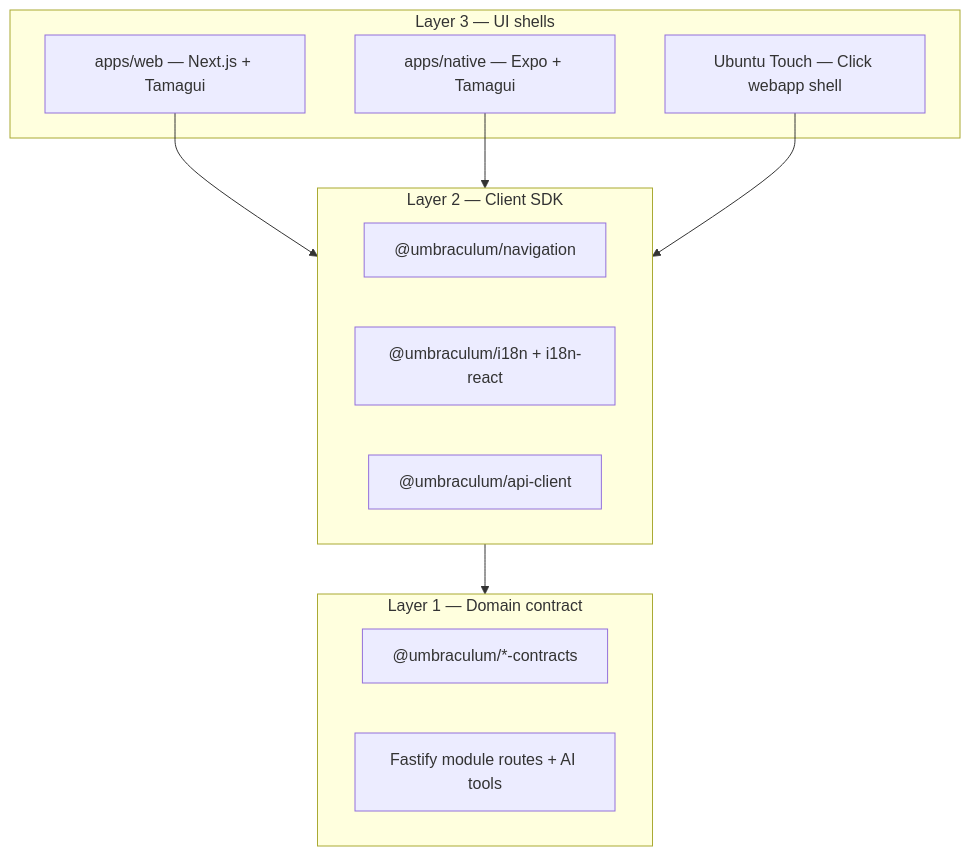
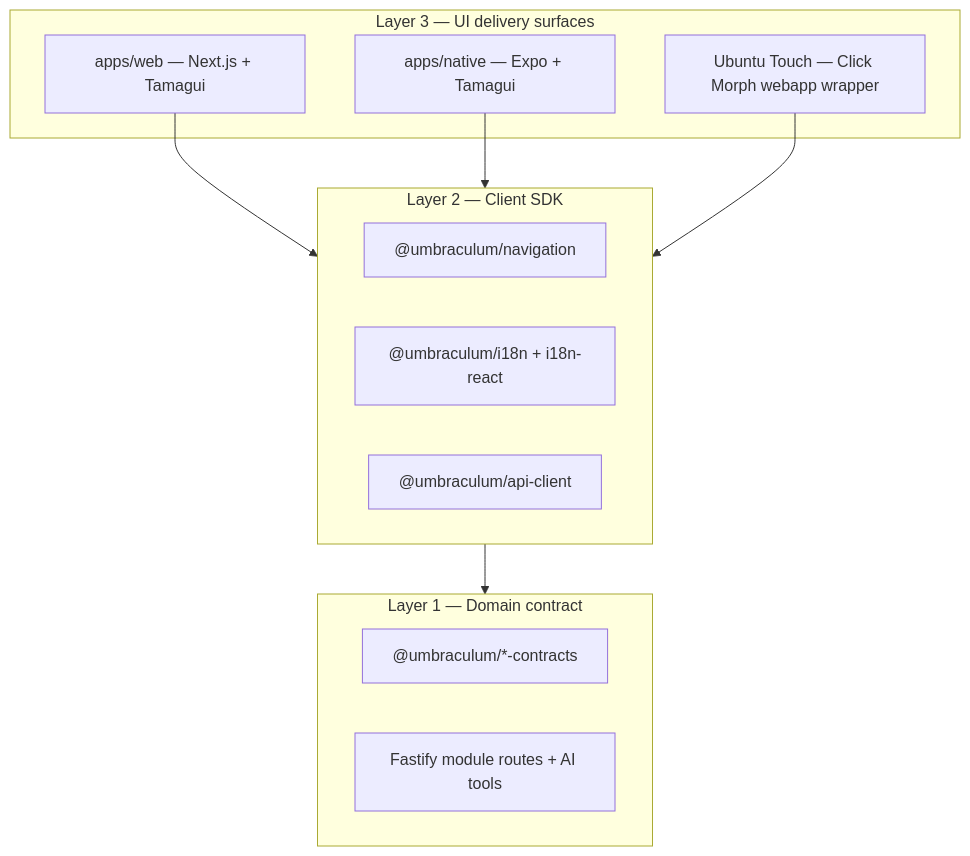
One commit to umbraculum-dev/umbraculum-dev changed the first of 2 diagrams in docs/design/ubuntu-touch-shell-strategy.md. Above: the diagram before and after it, drawn with Mermaid. The commit also changed other lines of this file and 192 other files, not shown here.

````diff
--- a/docs/design/ubuntu-touch-shell-strategy.md
+++ b/docs/design/ubuntu-touch-shell-strategy.md
@@ -62,21 +62,21 @@
 ```mermaid
 flowchart TB
-  subgraph L3 [Layer 3 — UI shells]
+  subgraph L3 [Layer 3 — UI delivery surfaces]
     web["apps/web — Next.js + Tamagui"]
     rn["apps/native — Expo + Tamagui"]
-    ut["Ubuntu Touch — Click webapp shell"]
+    ut["Ubuntu Touch — Click Morph webapp wrapper"]
   end
   subgraph L2 [Layer 2 — Client SDK]
     nav["@umbraculum/navigation"]
     i18n["@umbraculum/i18n + i18n-react"]
     api["@umbraculum/api-client"]
   end
   subgraph L1 [Layer 1 — Domain contract]
     contracts["@umbraculum/*-contracts"]
     routes["Fastify module routes + AI tools"]
   end
   web --> L2
   rn --> L2
   ut --> L2
   L2 --> L1
 ```
````
